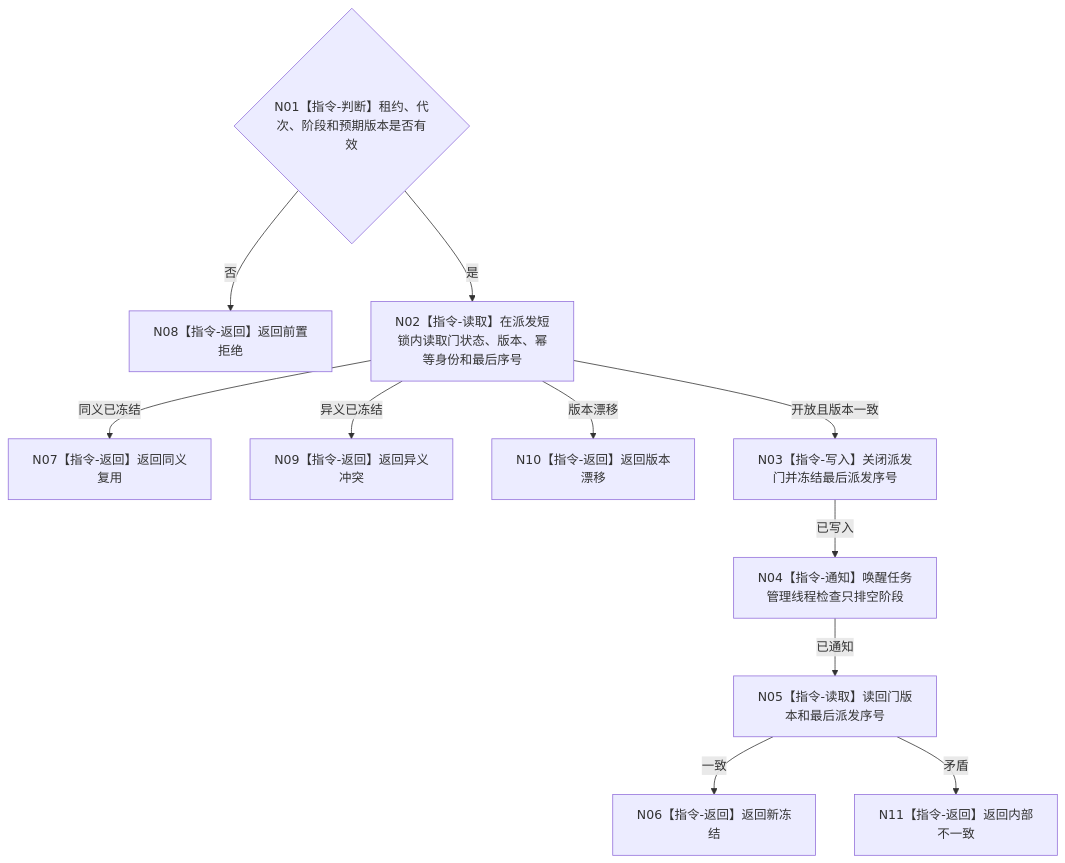
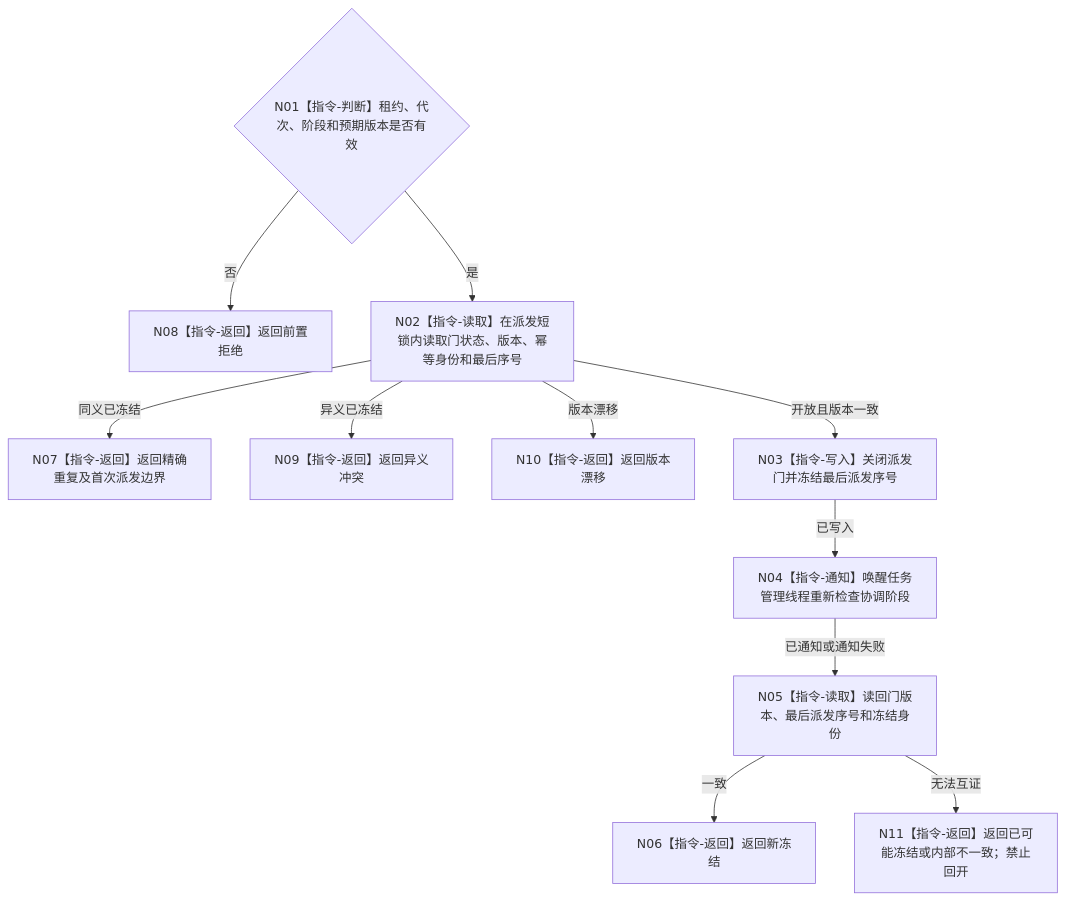
The diagram in 流程图/目标业务流程图/L3/BIZ-L3-001-12-01_冻结任务工作包派发门_目标函数流程图_v0.1.md (chunhaizh-cyber/HY-Ego), drawn with Mermaid before and after one commit. The commit also changed other lines of this file and 16 other files, not shown here.

````diff
--- a/流程图/目标业务流程图/L3/BIZ-L3-001-12-01_冻结任务工作包派发门_目标函数流程图_v0.1.md
+++ b/流程图/目标业务流程图/L3/BIZ-L3-001-12-01_冻结任务工作包派发门_目标函数流程图_v0.1.md
@@ -30,13 +30,13 @@
 ```mermaid
 flowchart TD
     N01{"N01【指令-判断】租约、代次、阶段和预期版本是否有效"} -->|否| N08["N08【指令-返回】返回前置拒绝"]
     N01 -->|是| N02["N02【指令-读取】在派发短锁内读取门状态、版本、幂等身份和最后序号"]
-    N02 -->|同义已冻结| N07["N07【指令-返回】返回同义复用"]
+    N02 -->|同义已冻结| N07["N07【指令-返回】返回精确重复及首次派发边界"]
     N02 -->|异义已冻结| N09["N09【指令-返回】返回异义冲突"]
     N02 -->|版本漂移| N10["N10【指令-返回】返回版本漂移"]
     N02 -->|开放且版本一致| N03["N03【指令-写入】关闭派发门并冻结最后派发序号"]
-    N03 -->|已写入| N04["N04【指令-通知】唤醒任务管理线程检查只排空阶段"]
-    N04 -->|已通知| N05["N05【指令-读取】读回门版本和最后派发序号"]
+    N03 -->|已写入| N04["N04【指令-通知】唤醒任务管理线程重新检查协调阶段"]
+    N04 -->|已通知或通知失败| N05["N05【指令-读取】读回门版本、最后派发序号和冻结身份"]
     N05 -->|一致| N06["N06【指令-返回】返回新冻结"]
-    N05 -->|矛盾| N11["N11【指令-返回】返回内部不一致"]
+    N05 -->|无法互证| N11["N11【指令-返回】返回已可能冻结或内部不一致；禁止回开"]
 ```
````
